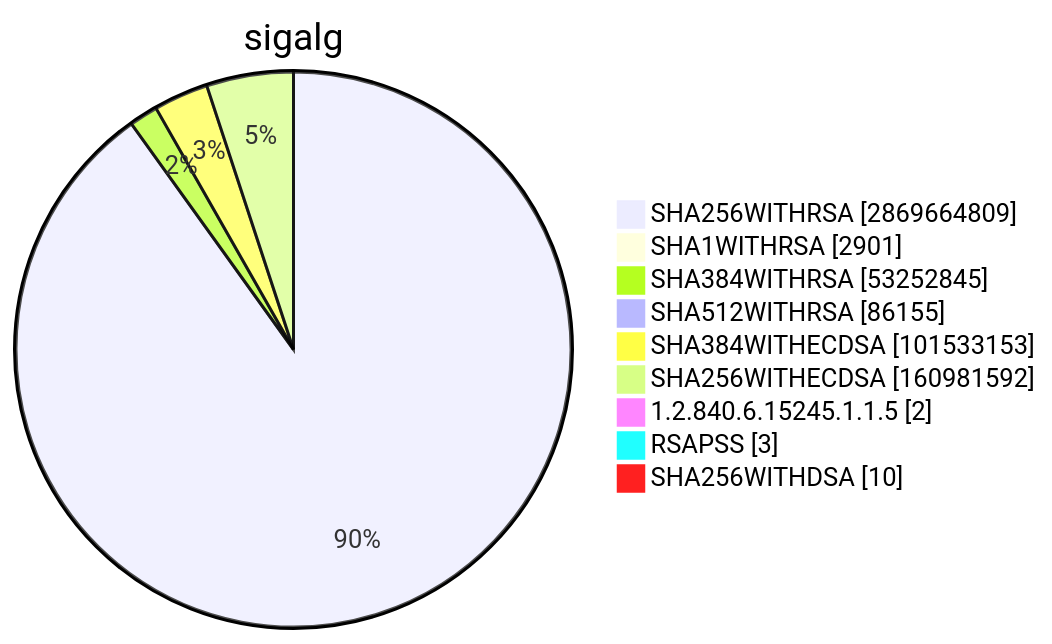
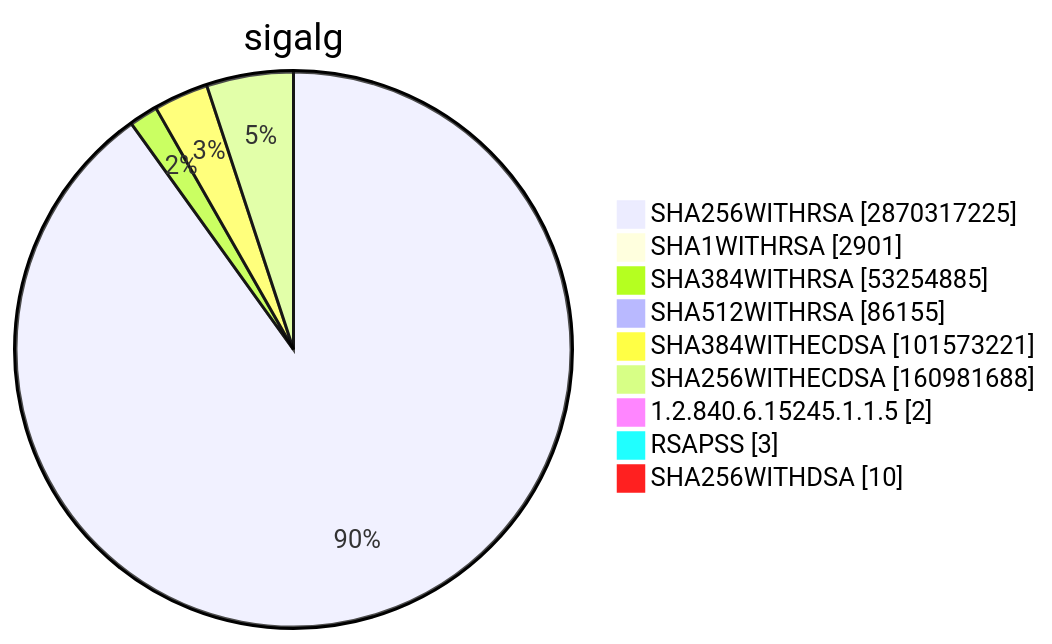
Before and after one commit to christiankrug/ctmonitor_visualization: diagram 15 of 15 in TOTAL/README.md, drawn with Mermaid. The commit also changed other lines of this file, not shown here.

````diff
--- a/TOTAL/README.md
+++ b/TOTAL/README.md
@@ -6207,13 +6207,13 @@
 ```mermaid
 pie showData
 title sigalg
-"SHA256WITHRSA" :2869664809
+"SHA256WITHRSA" :2870317225
 "SHA1WITHRSA" :2901
-"SHA384WITHRSA" :53252845
+"SHA384WITHRSA" :53254885
 "SHA512WITHRSA" :86155
-"SHA384WITHECDSA" :101533153
-"SHA256WITHECDSA" :160981592
+"SHA384WITHECDSA" :101573221
+"SHA256WITHECDSA" :160981688
 "1.2.840.6.15245.1.1.5" :2
 "RSAPSS" :3
 "SHA256WITHDSA" :10
 ```
````
